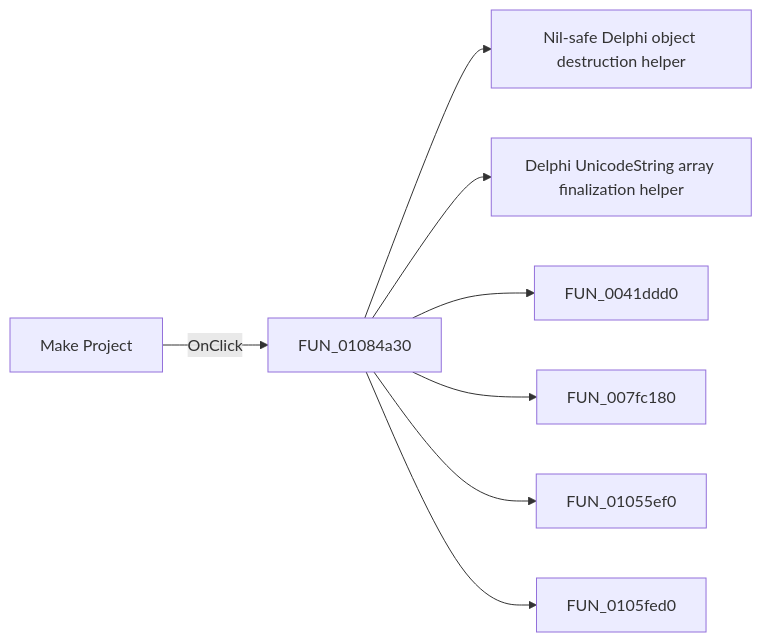
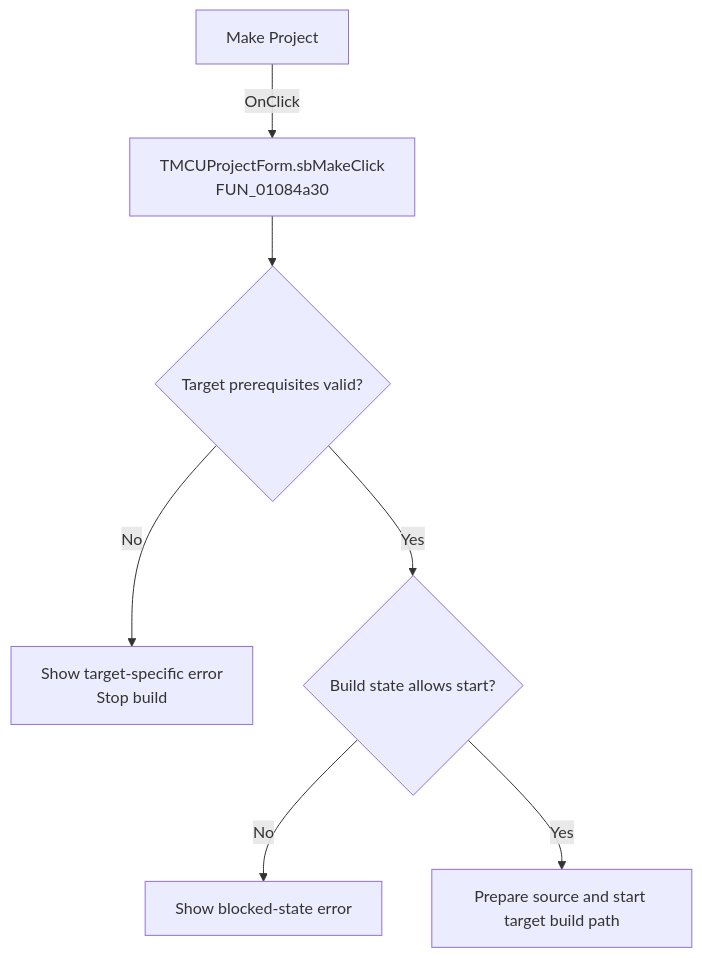
The diagram in docs/ui-controls/mcuprojectform/sbmake-3ed2e19064.md (MovGP0/TIARA), drawn with Mermaid before and after one commit. The commit also changed other lines of this file and 1062 other files, not shown here.

````diff
--- a/docs/ui-controls/mcuprojectform/sbmake-3ed2e19064.md
+++ b/docs/ui-controls/mcuprojectform/sbmake-3ed2e19064.md
@@ -27,10 +27,9 @@
 ```mermaid
-flowchart LR
-    control["Make Project"] -->|OnClick| handler["FUN_01084a30"]
-    handler --> call1["Nil-safe Delphi object destruction helper"]
-    handler --> call2["Delphi UnicodeString array finalization helper"]
-    handler --> call3["FUN_0041ddd0"]
-    handler --> call4["FUN_007fc180"]
-    handler --> call5["FUN_01055ef0"]
-    handler --> call6["FUN_0105fed0"]
+flowchart TD
+    control["Make Project"] -->|OnClick| handler["TMCUProjectForm.sbMakeClick<br/>FUN_01084a30"]
+    handler --> prereq{"Target prerequisites valid?"}
+    prereq -->|No| error["Show target-specific error<br/>Stop build"]
+    prereq -->|Yes| busy{"Build state allows start?"}
+    busy -->|No| blocked["Show blocked-state error"]
+    busy -->|Yes| build["Prepare source and start target build path"]
 ```
````
